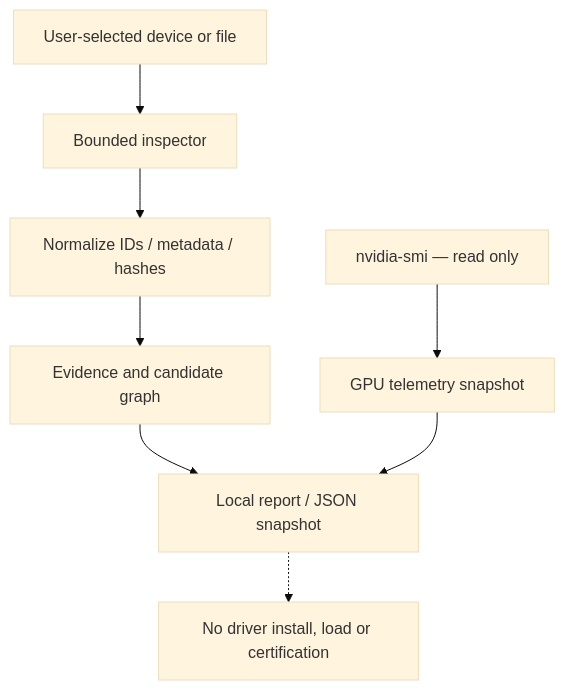
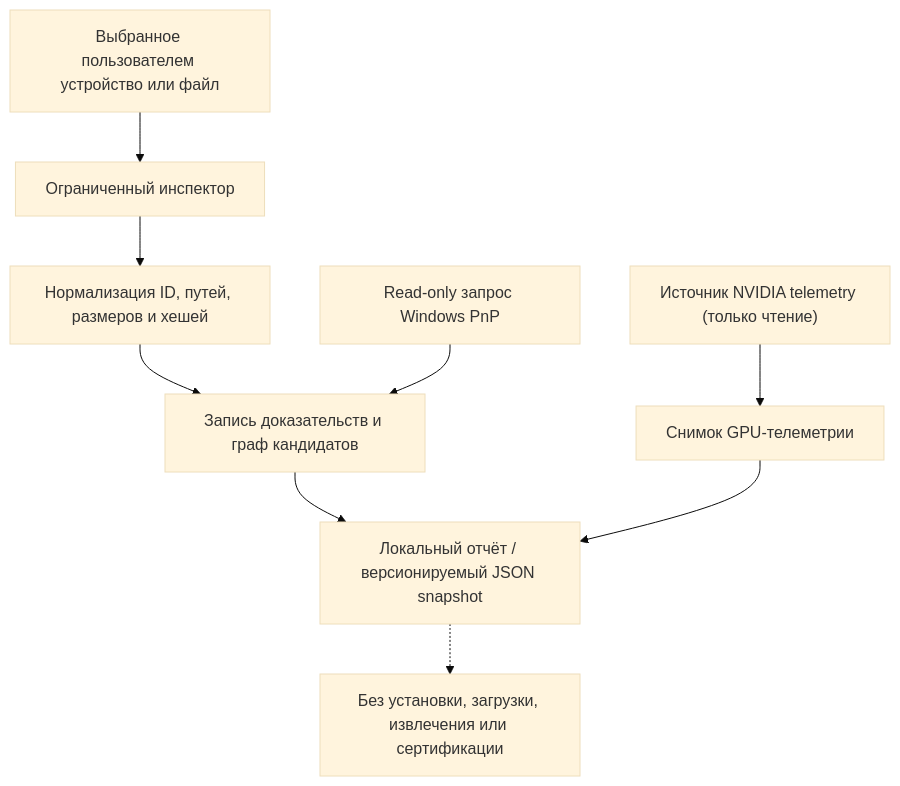
One commit to Ivan-VHS/OPlague changed the diagram in README.ru.md. Above: the diagram before and after it, drawn with Mermaid (base theme). The commit also changed other lines of this file, not shown here.

```diff
--- a/README.ru.md
+++ b/README.ru.md
@@ -33,10 +40,11 @@
 ~~~mermaid
 flowchart TB
-  U["User-selected device or file"] --> I["Bounded inspector"]
-  I --> N["Normalize IDs / metadata / hashes"]
-  N --> E["Evidence and candidate graph"]
-  E --> R["Local report / JSON snapshot"]
-  G["nvidia-smi — read only"] --> T["GPU telemetry snapshot"]
+  U["Выбранное пользователем устройство или файл"] --> I["Ограниченный инспектор"]
+  I --> N["Нормализация ID, путей, размеров и хешей"]
+  N --> E["Запись доказательств и граф кандидатов"]
+  E --> R["Локальный отчёт / версионируемый JSON snapshot"]
+  P["Read-only запрос Windows PnP"] --> E
+  G["Источник NVIDIA telemetry (только чтение)"] --> T["Снимок GPU-телеметрии"]
   T --> R
-  R -.-> X["No driver install, load or certification"]
+  R -.-> X["Без установки, загрузки, извлечения или сертификации"]
 ~~~
```
